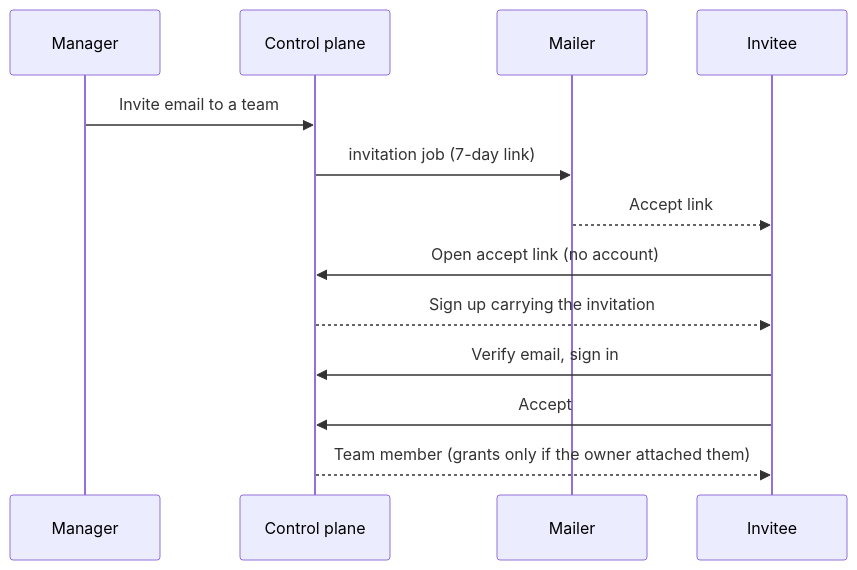
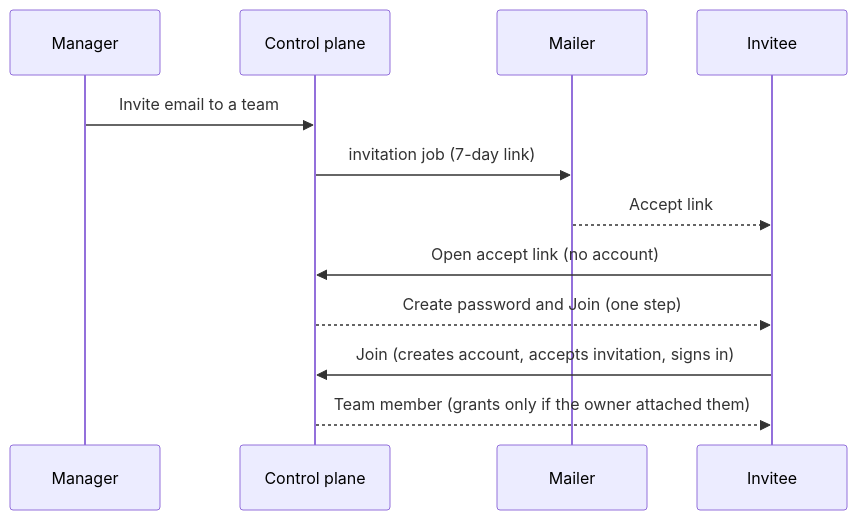
The diagram in docs/getting-started/accounts-and-access.mdx (TurboPanel/website), drawn with Mermaid before and after one commit. The commit also changed other lines of this file and 3 other files, not shown here.

First line of the commit message:
docs: fix invitation grants API and Join flow

````diff
--- a/docs/getting-started/accounts-and-access.mdx
+++ b/docs/getting-started/accounts-and-access.mdx
@@ -57,15 +60,14 @@
 ```mermaid title="Invitation when the invitee has no account"
 sequenceDiagram
     participant Manager
     participant CP as Control plane
     participant Mail as Mailer
     participant Invitee
     Manager->>CP: Invite email to a team
     CP->>Mail: invitation job (7-day link)
     Mail-->>Invitee: Accept link
     Invitee->>CP: Open accept link (no account)
-    CP-->>Invitee: Sign up carrying the invitation
-    Invitee->>CP: Verify email, sign in
-    Invitee->>CP: Accept
+    CP-->>Invitee: Create password and Join (one step)
+    Invitee->>CP: Join (creates account, accepts invitation, signs in)
     CP-->>Invitee: Team member (grants only if the owner attached them)
 ```
````
